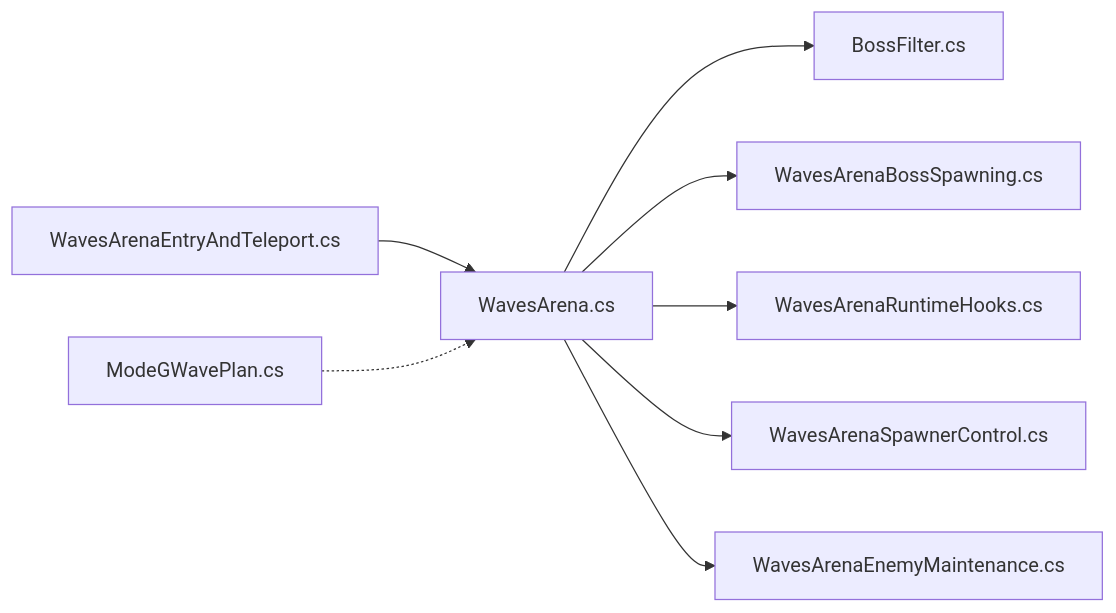
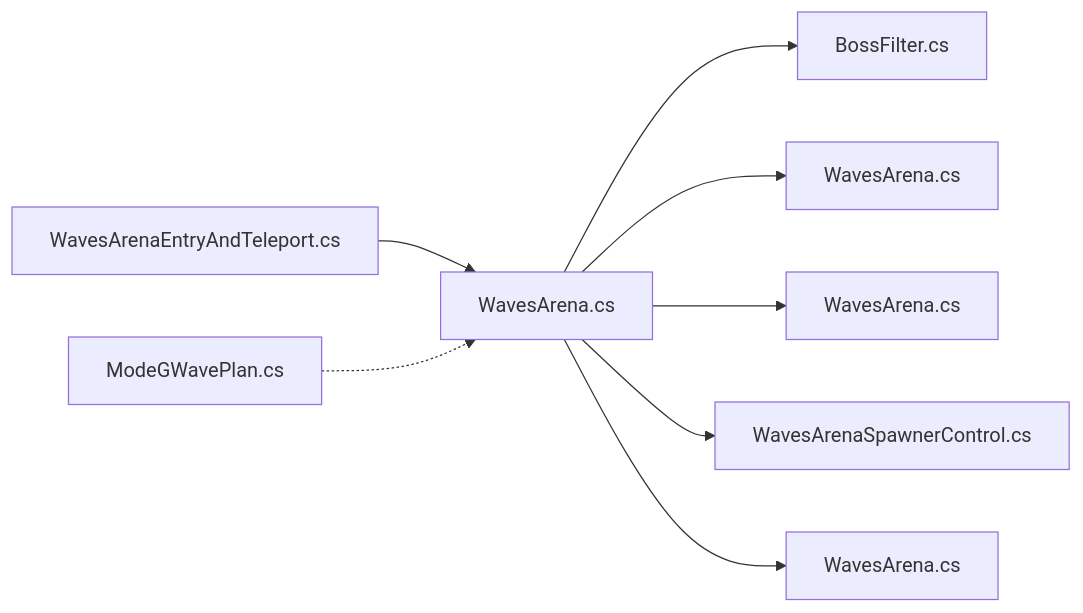
One commit to GASEN1216/BossRushMod changed the ninth of 9 diagrams in .qoder/repowiki/zh/content/游戏模式系统/标准 BossRush 模式/波次管理系统/波次管理系统.md. Above: the diagram before and after it, drawn with Mermaid. The commit also changed other lines of this file and 124 other files, not shown here.

````diff
--- a/.qoder/repowiki/zh/content/游戏模式系统/标准 BossRush 模式/波次管理系统/波次管理系统.md
+++ b/.qoder/repowiki/zh/content/游戏模式系统/标准 BossRush 模式/波次管理系统/波次管理系统.md
@@ -340,10 +340,10 @@
 ```mermaid
 graph LR
 WF["WavesArena.cs"] --> BF["BossFilter.cs"]
-WF --> BS["WavesArenaBossSpawning.cs"]
-WF --> RH["WavesArenaRuntimeHooks.cs"]
+WF --> BS["WavesArena.cs"]
+WF --> RH["WavesArena.cs"]
 WF --> SC["WavesArenaSpawnerControl.cs"]
-WF --> EM["WavesArenaEnemyMaintenance.cs"]
+WF --> EM["WavesArena.cs"]
 ET["WavesArenaEntryAndTeleport.cs"] --> WF
 MG["ModeGWavePlan.cs"] -.-> WF
 ```
````
